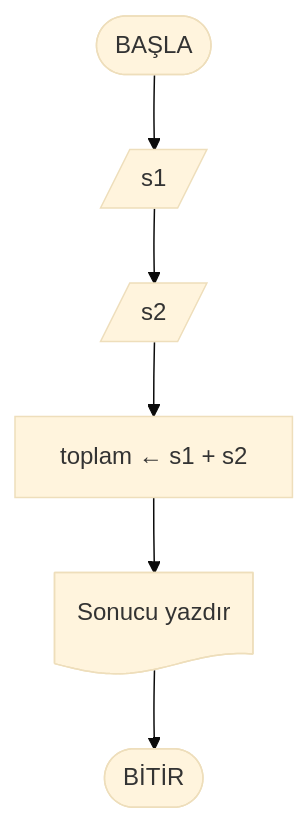
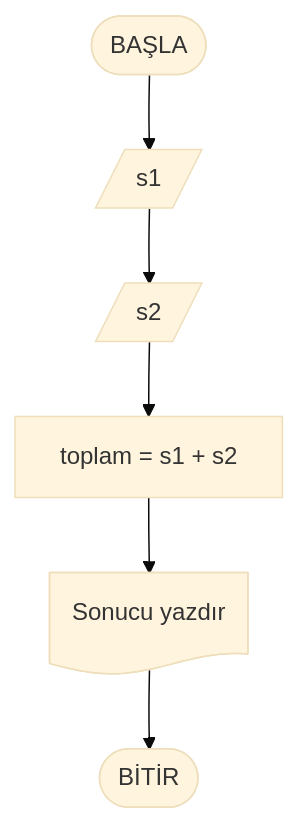
The first of 10 diagrams in Hafta02/ders_icerik.md (ibrahimayaz/Algoritma-ve-Programlamaya-Giris-2025), drawn with Mermaid (base theme) before and after one commit.

Commit message:
Hafta02 Guncellendi

````diff
--- a/Hafta02/ders_icerik.md
+++ b/Hafta02/ders_icerik.md
@@ -342,5 +342,5 @@
 ```mermaid
 flowchart TD
   start([BAŞLA]) --> in1[/s1/] --> in2[/s2/]
-  in2 --> calc[toplam ← s1 + s2] --> out@{ shape: doc, label: "Sonucu yazdır" } --> endNode([BİTİR])
+  in2 --> calc[toplam = s1 + s2] --> out@{ shape: doc, label: "Sonucu yazdır" } --> endNode([BİTİR])
 ```
````
